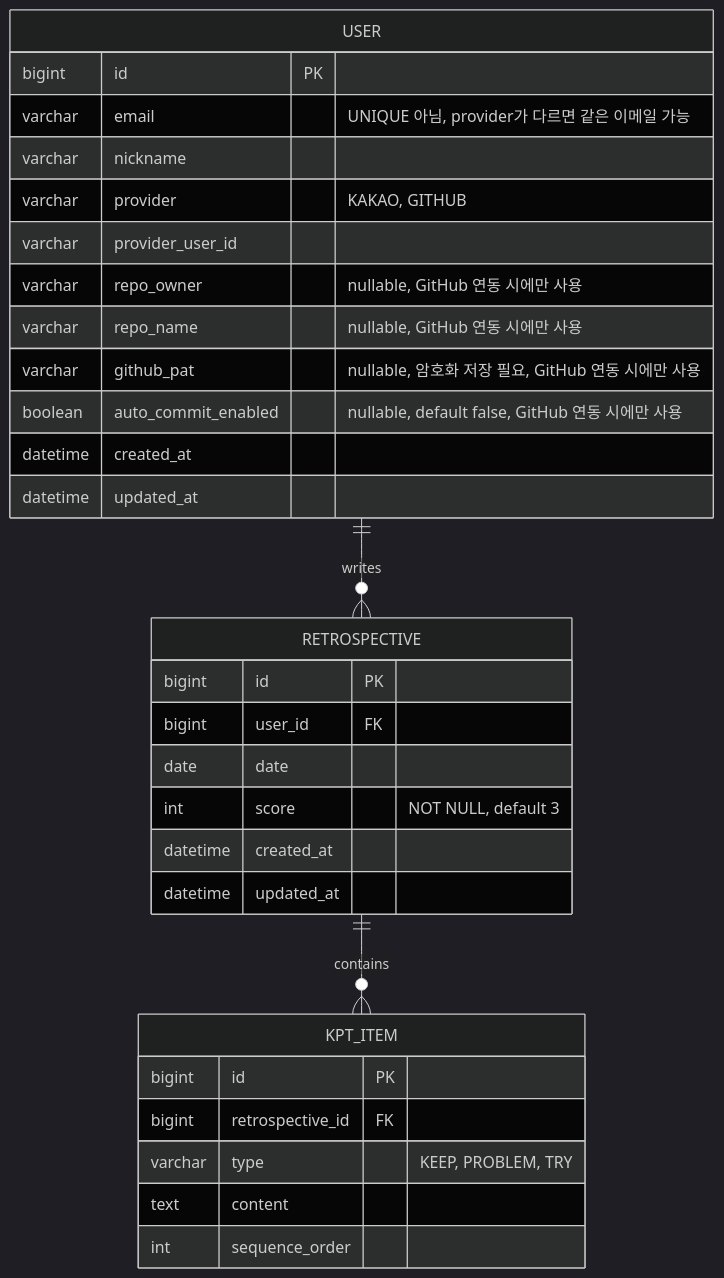
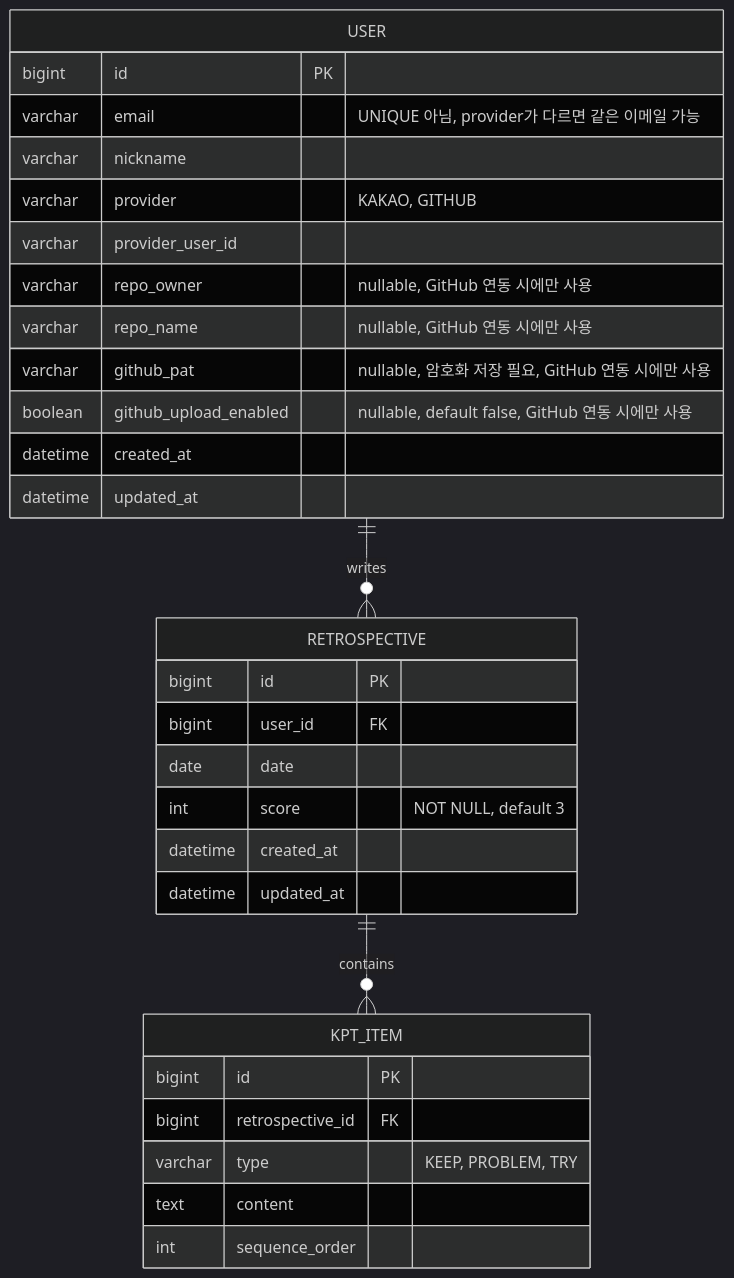
Before and after one commit to rnk00/retrospection: the first of 2 diagrams in docs/02. erd.md, drawn with Mermaid (dark theme). The commit also changed other lines of this file and 3 other files, not shown here.

Commit message:
docs: erd 수정

````diff
--- a/docs/02. erd.md
+++ b/docs/02. erd.md
@@ -48,36 +244,36 @@
 ```mermaid
 erDiagram
     USER ||--o{ RETROSPECTIVE : writes
     RETROSPECTIVE ||--o{ KPT_ITEM : contains
 
     USER {
         bigint id PK
         varchar email "UNIQUE 아님, provider가 다르면 같은 이메일 가능"
         varchar nickname
         varchar provider "KAKAO, GITHUB"
         varchar provider_user_id
         varchar repo_owner "nullable, GitHub 연동 시에만 사용"
         varchar repo_name "nullable, GitHub 연동 시에만 사용"
         varchar github_pat "nullable, 암호화 저장 필요, GitHub 연동 시에만 사용"
-        boolean auto_commit_enabled "nullable, default false, GitHub 연동 시에만 사용"
+        boolean github_upload_enabled "nullable, default false, GitHub 연동 시에만 사용"
         datetime created_at
         datetime updated_at
     }
 
     RETROSPECTIVE {
         bigint id PK
         bigint user_id FK
         date date
         int score "NOT NULL, default 3"
         datetime created_at
         datetime updated_at
     }
 
     KPT_ITEM {
         bigint id PK
         bigint retrospective_id FK
         varchar type "KEEP, PROBLEM, TRY"
         text content
         int sequence_order
     }
 ```
````
